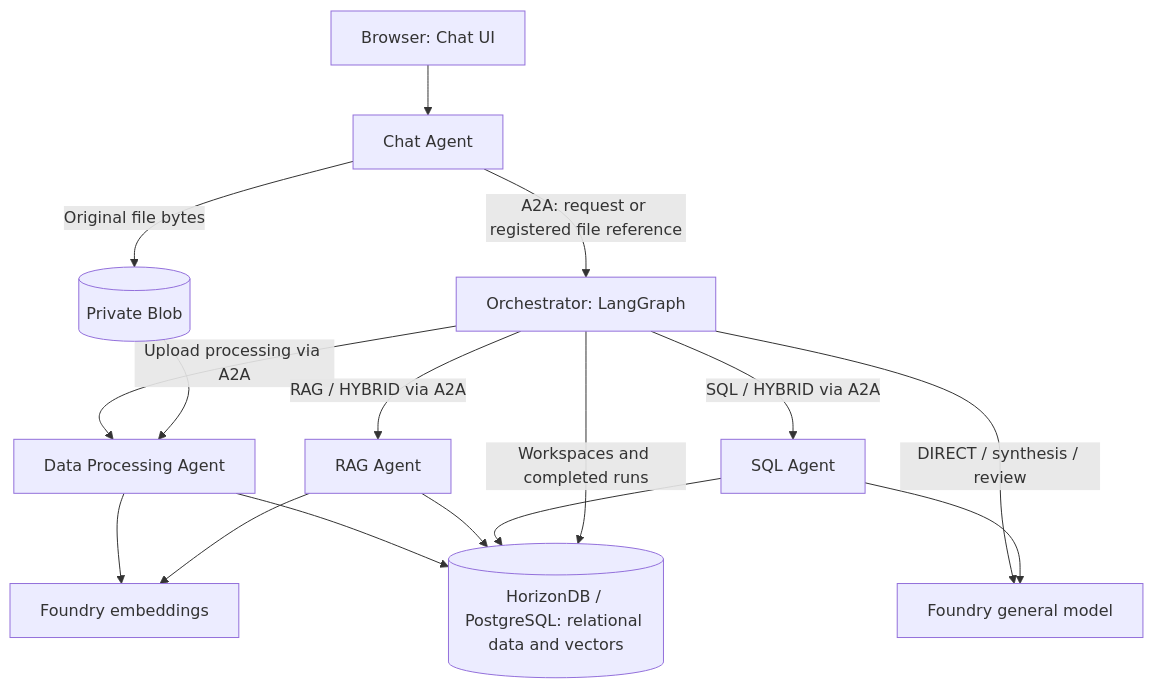
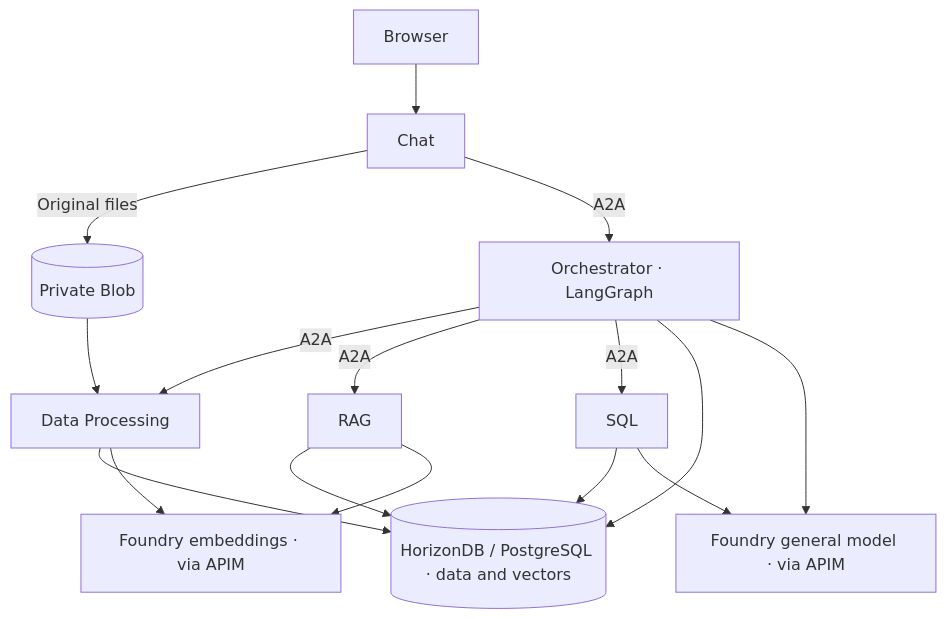
Before and after one commit to oxcp/ainotes: the diagram in agenthost/module-06/readme.md, drawn with Mermaid. The commit also changed other lines of this file and 14 other files, not shown here.

````diff
--- a/agenthost/module-06/readme.md
+++ b/agenthost/module-06/readme.md
@@ -40,18 +26,18 @@
 ```mermaid
 flowchart TD
-    U["Browser: Chat UI"] --> C["Chat Agent"]
-    C -->|Original file bytes| B[("Private Blob")]
-    C -->|A2A: request or registered file reference| O["Orchestrator: LangGraph"]
-    O -->|Upload processing via A2A| D["Data Processing Agent"]
+    U["Browser"] --> C["Chat"]
+    C -->|Original files| B[("Private Blob")]
+    C -->|A2A| O["Orchestrator · LangGraph"]
+    O -->|A2A| D["Data Processing"]
+    O -->|A2A| R["RAG"]
+    O -->|A2A| S["SQL"]
     B --> D
-    D --> E["Foundry embeddings"]
-    D --> H[("HorizonDB / PostgreSQL: relational data and vectors")]
-    O -->|DIRECT / synthesis / review| L["Foundry general model"]
-    O -->|RAG / HYBRID via A2A| R["RAG Agent"]
-    O -->|SQL / HYBRID via A2A| S["SQL Agent"]
+    D --> H[("HorizonDB / PostgreSQL · data and vectors")]
+    R --> H
+    S --> H
+    O --> H
+    D --> E["Foundry embeddings · via APIM"]
     R --> E
-    R --> H
+    O --> L["Foundry general model · via APIM"]
     S --> L
-    S --> H
-    O -->|Workspaces and completed runs| H
 ```
````
